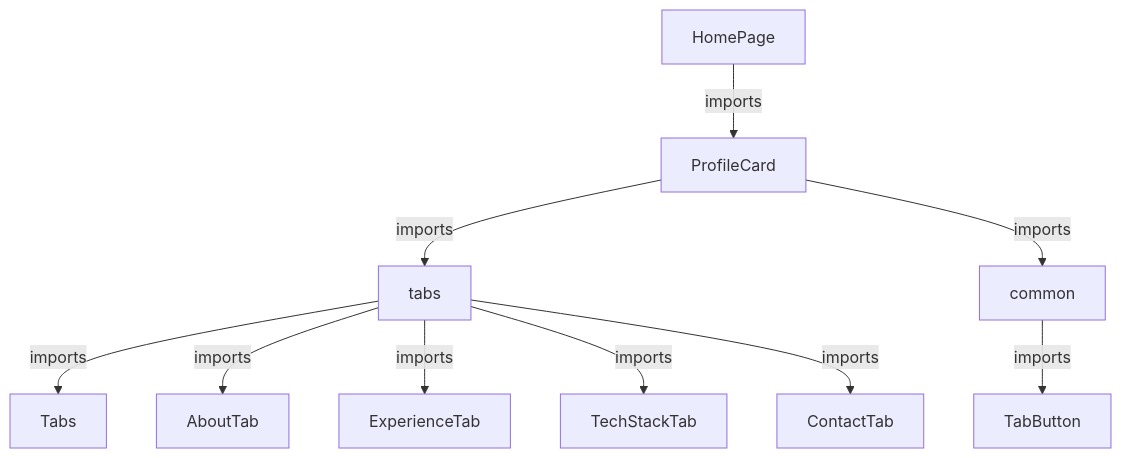
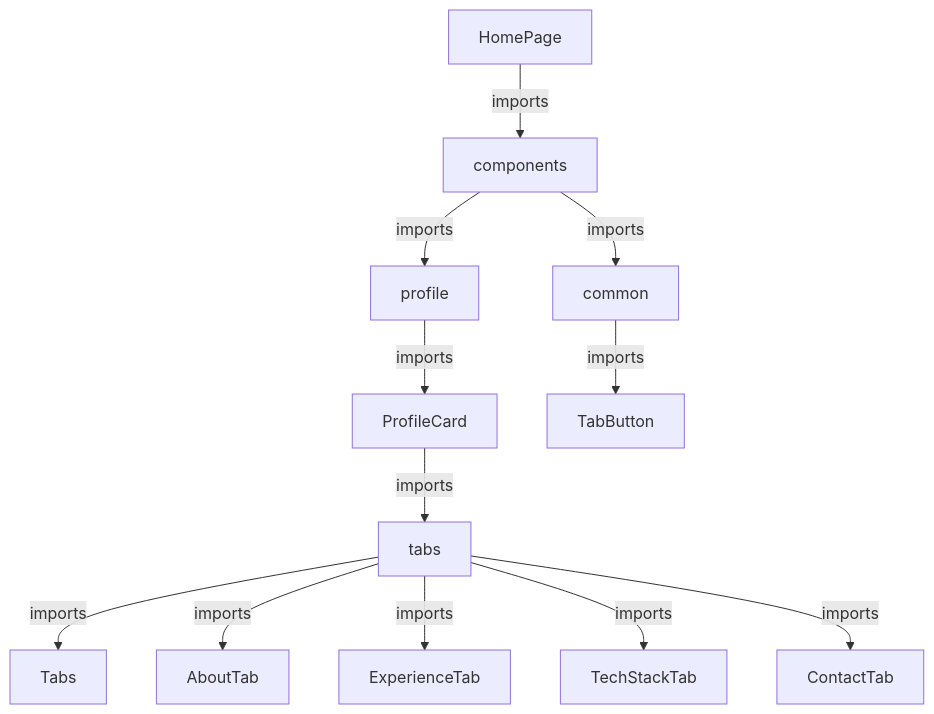
One commit to Chen-Abudi/my-profile-card changed the first of 2 diagrams in README.md. Above: the diagram before and after it, drawn with Mermaid.

````diff
--- a/README.md
+++ b/README.md
@@ -57,14 +57,16 @@
 ```mermaid
 
 flowchart TD
-  A[HomePage] -->|imports| B[ProfileCard]
-  B -->|imports| C[tabs]
-  C -->|imports| D[Tabs]
-  C -->|imports| E[AboutTab]
-  C -->|imports| F[ExperienceTab]
-  C -->|imports| G[TechStackTab]
-  C -->|imports| H[ContactTab]
-  B -->|imports| I[common]
-  I -->|imports| J[TabButton]
+  A[HomePage] -->|imports| B[components]
+  B -->|imports| C[profile]
+  C -->|imports| D[ProfileCard]
+  D -->|imports| E[tabs]
+  E -->|imports| F[Tabs]
+  E -->|imports| G[AboutTab]
+  E -->|imports| H[ExperienceTab]
+  E -->|imports| I[TechStackTab]
+  E -->|imports| J[ContactTab]
+  B -->|imports| K[common]
+  K -->|imports| L[TabButton]
 
 ```
````
